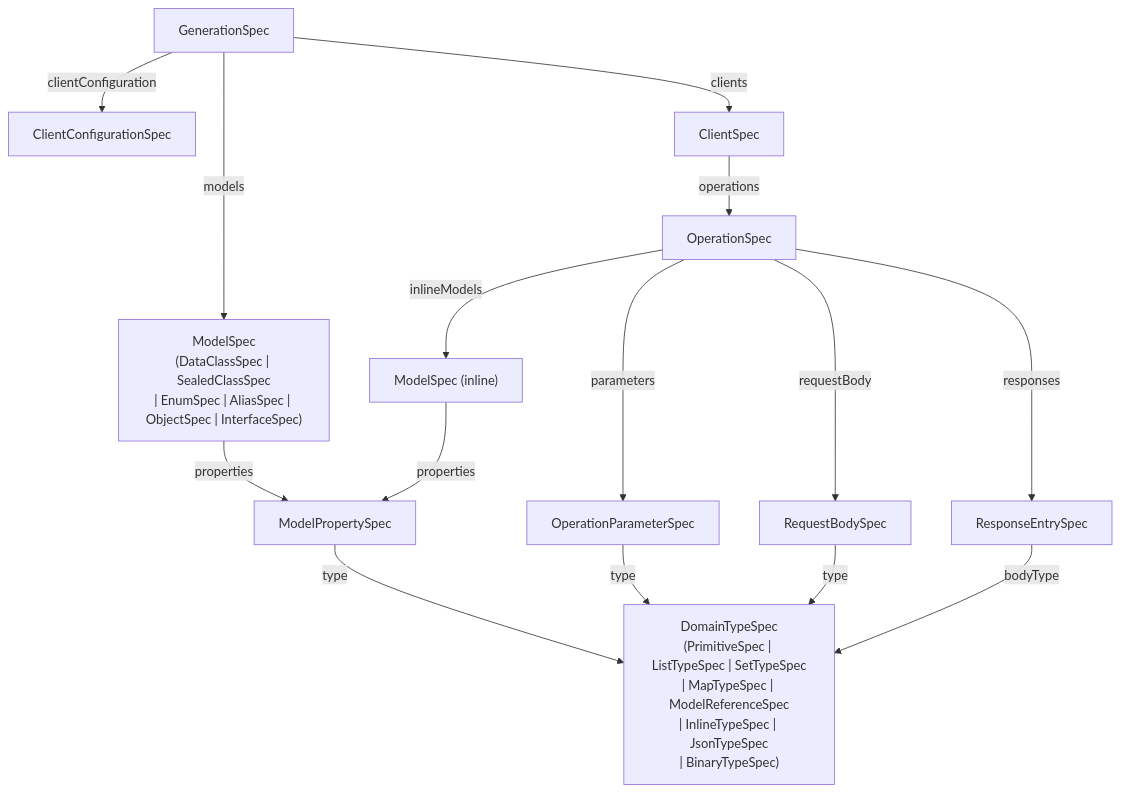
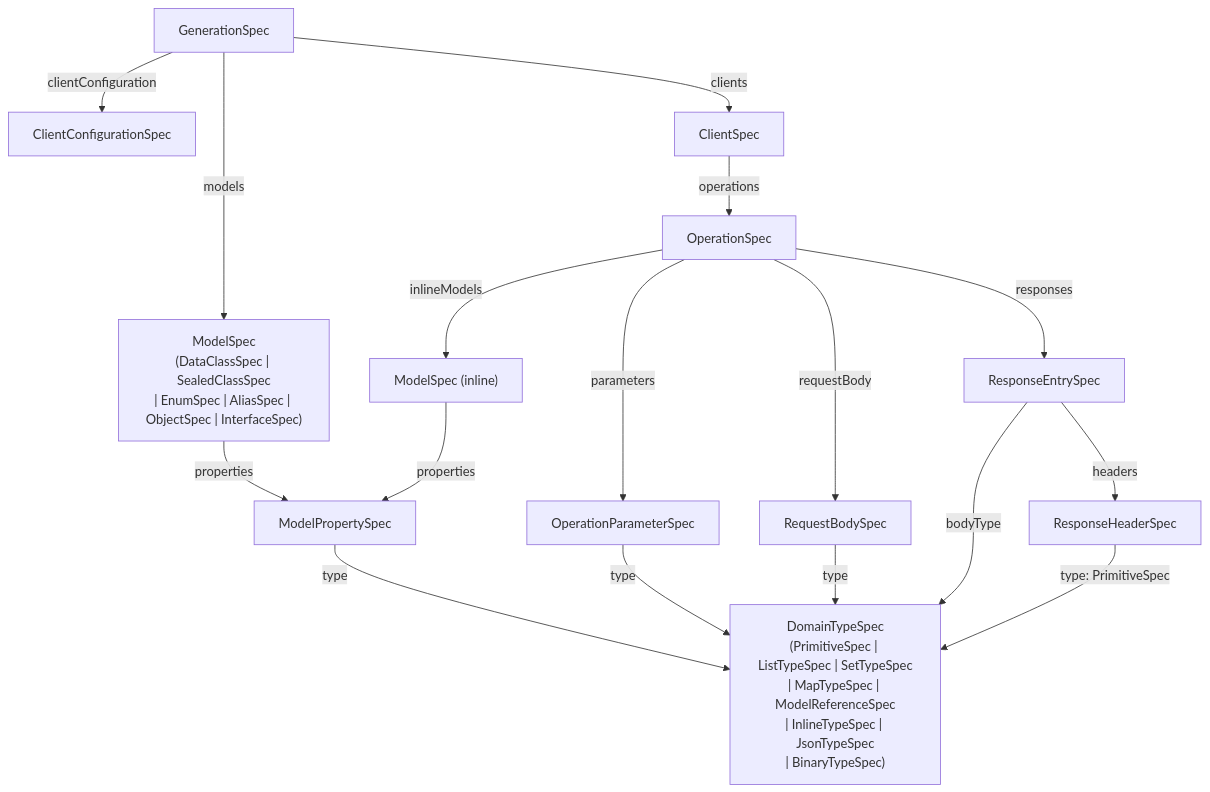
One commit to Litote/openapi-ktor-client-generator changed the second of 2 diagrams in AI_CONTEXT.md. Above: the diagram before and after it, drawn with Mermaid. The commit also changed other lines of this file and 61 other files, not shown here.

Commit message:
feat!: retrieve response headers (#84)

````diff
--- a/AI_CONTEXT.md
+++ b/AI_CONTEXT.md
@@ -463,29 +463,32 @@
 ```mermaid
 graph TD
     GS["GenerationSpec"]
     CC["ClientConfigurationSpec"]
     CS["ClientSpec"]
     OS["OperationSpec"]
     OP["OperationParameterSpec"]
     RB["RequestBodySpec"]
     RE["ResponseEntrySpec"]
+    RH["ResponseHeaderSpec"]
     IL["ModelSpec (inline)"]
     MS["ModelSpec\n(DataClassSpec | SealedClassSpec\n| EnumSpec | AliasSpec | ObjectSpec | InterfaceSpec)"]
     MP["ModelPropertySpec"]
     DT["DomainTypeSpec\n(PrimitiveSpec | ListTypeSpec | SetTypeSpec\n| MapTypeSpec | ModelReferenceSpec\n| InlineTypeSpec | JsonTypeSpec\n| BinaryTypeSpec)"]
 
     GS -->|clientConfiguration| CC
     GS -->|clients| CS
     GS -->|models| MS
     CS -->|operations| OS
     OS -->|parameters| OP
     OS -->|requestBody| RB
     OS -->|responses| RE
     OS -->|inlineModels| IL
     MS -->|properties| MP
     IL -->|properties| MP
     MP -->|type| DT
     OP -->|type| DT
     RB -->|type| DT
     RE -->|bodyType| DT
+    RE -->|headers| RH
+    RH -->|type: PrimitiveSpec| DT
 ```
````
